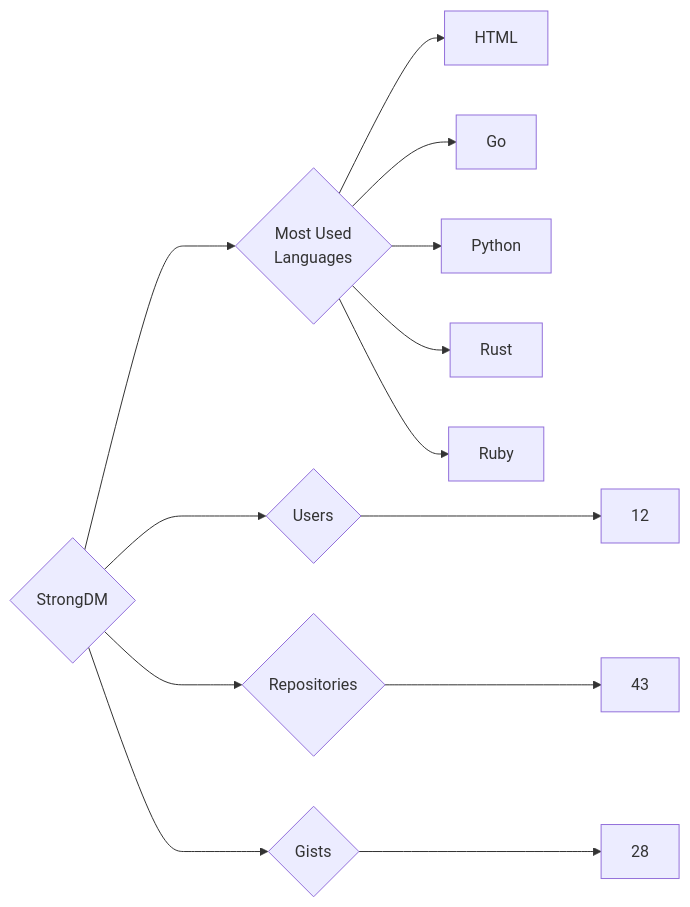
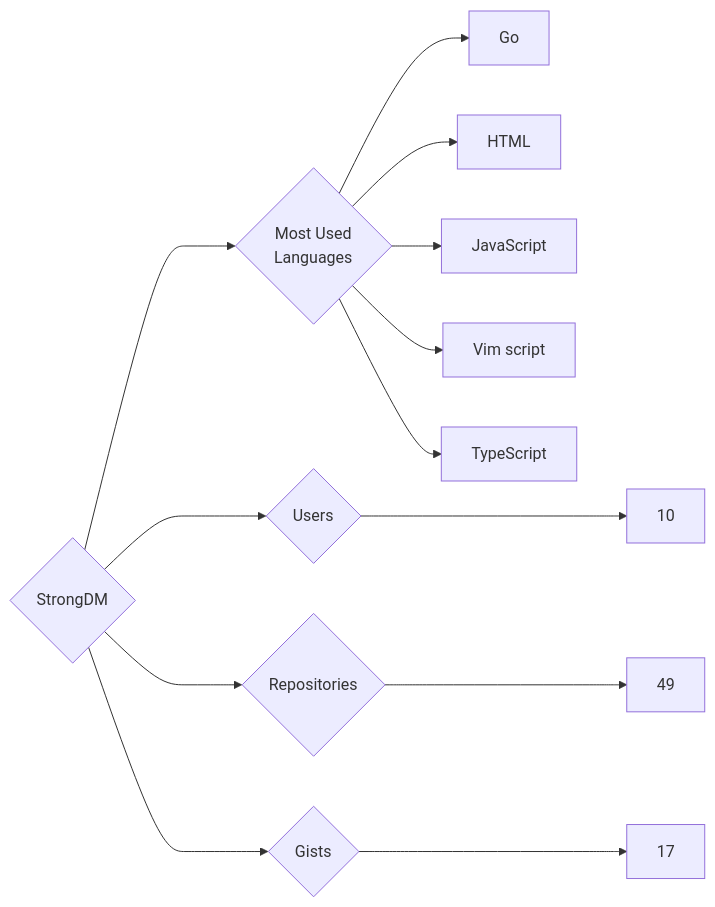
One commit to trickest/insiders changed the diagram in targets/StrongDM/README.md. Above: the diagram before and after it, drawn with Mermaid. The commit also changed 912 other files, not shown here.

````diff
--- a/targets/StrongDM/README.md
+++ b/targets/StrongDM/README.md
@@ -3,13 +3,13 @@
 ```mermaid
 graph LR
 COMPANY_NAME{StrongDM}
-COMPANY_NAME ---> U{Users} ---> UN[12]
-COMPANY_NAME ---> R{Repositories} ---> RN[43]
-COMPANY_NAME ---> G{Gists} ---> GN[28]
+COMPANY_NAME ---> U{Users} ---> UN[10]
+COMPANY_NAME ---> R{Repositories} ---> RN[49]
+COMPANY_NAME ---> G{Gists} ---> GN[17]
 COMPANY_NAME ---> ML{Most Used<br>Languages}
+ML --> Go[Go]
 ML --> HTML[HTML]
-ML --> Go[Go]
-ML --> Python[Python]
-ML --> Rust[Rust]
-ML --> Ruby[Ruby]
+ML --> JavaScript[JavaScript]
+ML --> Vim_script[Vim script]
+ML --> TypeScript[TypeScript]
 ```
````
